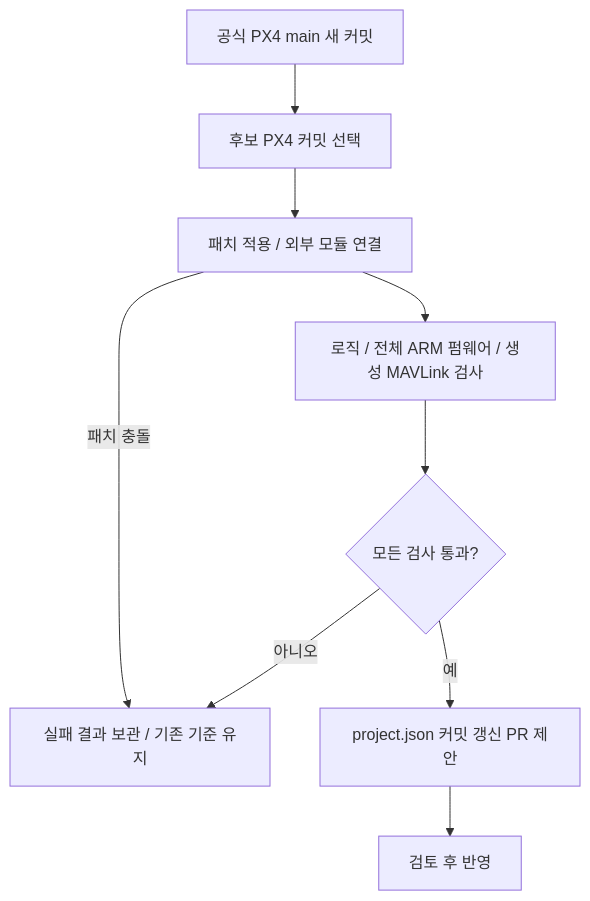
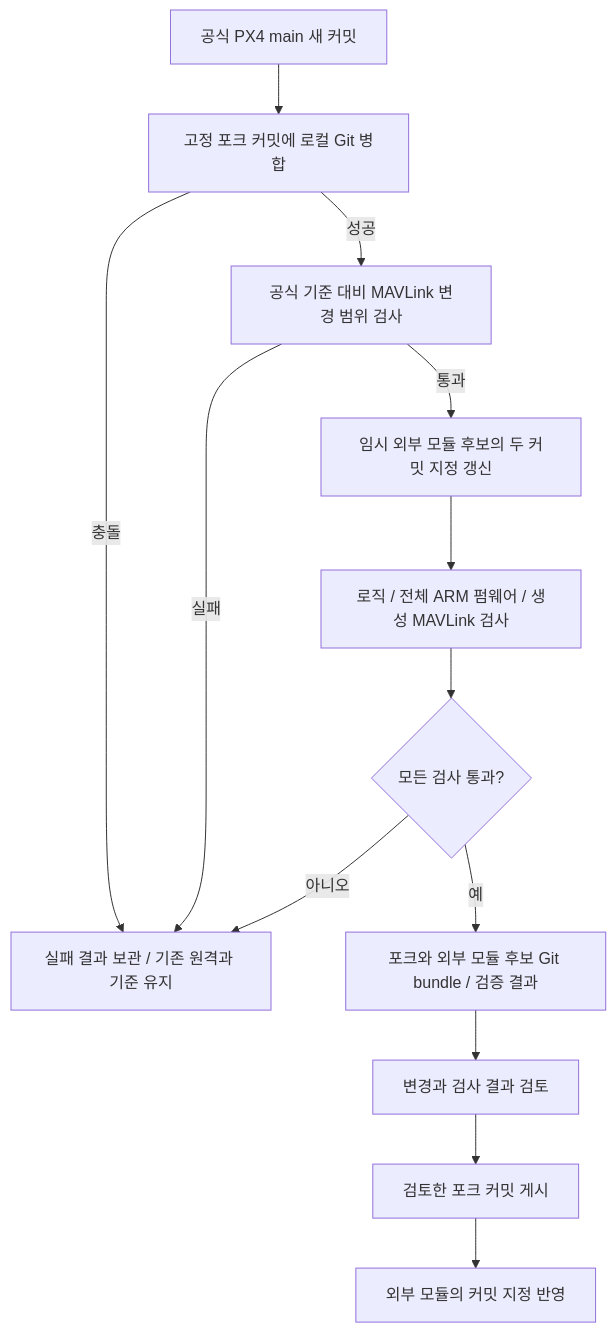
Before and after one commit to VIPSfef/HyRUS_EnvData_Px4: the third of 3 diagrams in docs/architecture.md, drawn with Mermaid. The commit also changed other lines of this file and 19 other files, not shown here.

Commit message:
Build external sensors against a dedicated MAVLink fork on current PX4 main

````diff
--- a/docs/architecture.md
+++ b/docs/architecture.md
@@ -71,11 +82,15 @@
 ```mermaid
 flowchart TD
-    MAIN[공식 PX4 main 새 커밋] --> PIN[후보 PX4 커밋 선택]
-    PIN --> PREP[패치 적용 / 외부 모듈 연결]
-    PREP --> CHECK[로직 / 전체 ARM 펌웨어 / 생성 MAVLink 검사]
+    MAIN[공식 PX4 main 새 커밋] --> MERGE[고정 포크 커밋에 로컬 Git 병합]
+    MERGE -->|충돌| FAIL[실패 결과 보관 / 기존 원격과 기준 유지]
+    MERGE -->|성공| RANGE[공식 기준 대비 MAVLink 변경 범위 검사]
+    RANGE -->|실패| FAIL
+    RANGE -->|통과| PIN[임시 외부 모듈 후보의 두 커밋 지정 갱신]
+    PIN --> CHECK[로직 / 전체 ARM 펌웨어 / 생성 MAVLink 검사]
     CHECK --> PASS{모든 검사 통과?}
-    PREP -->|패치 충돌| FAIL[실패 결과 보관 / 기존 기준 유지]
     PASS -->|아니오| FAIL
-    PASS -->|예| PR[project.json 커밋 갱신 PR 제안]
-    PR --> REVIEW[검토 후 반영]
+    PASS -->|예| BUNDLE[포크와 외부 모듈 후보 Git bundle / 검증 결과]
+    BUNDLE --> REVIEW[변경과 검사 결과 검토]
+    REVIEW --> FORK[검토한 포크 커밋 게시]
+    FORK --> MODULE[외부 모듈의 커밋 지정 반영]
 ```
````
